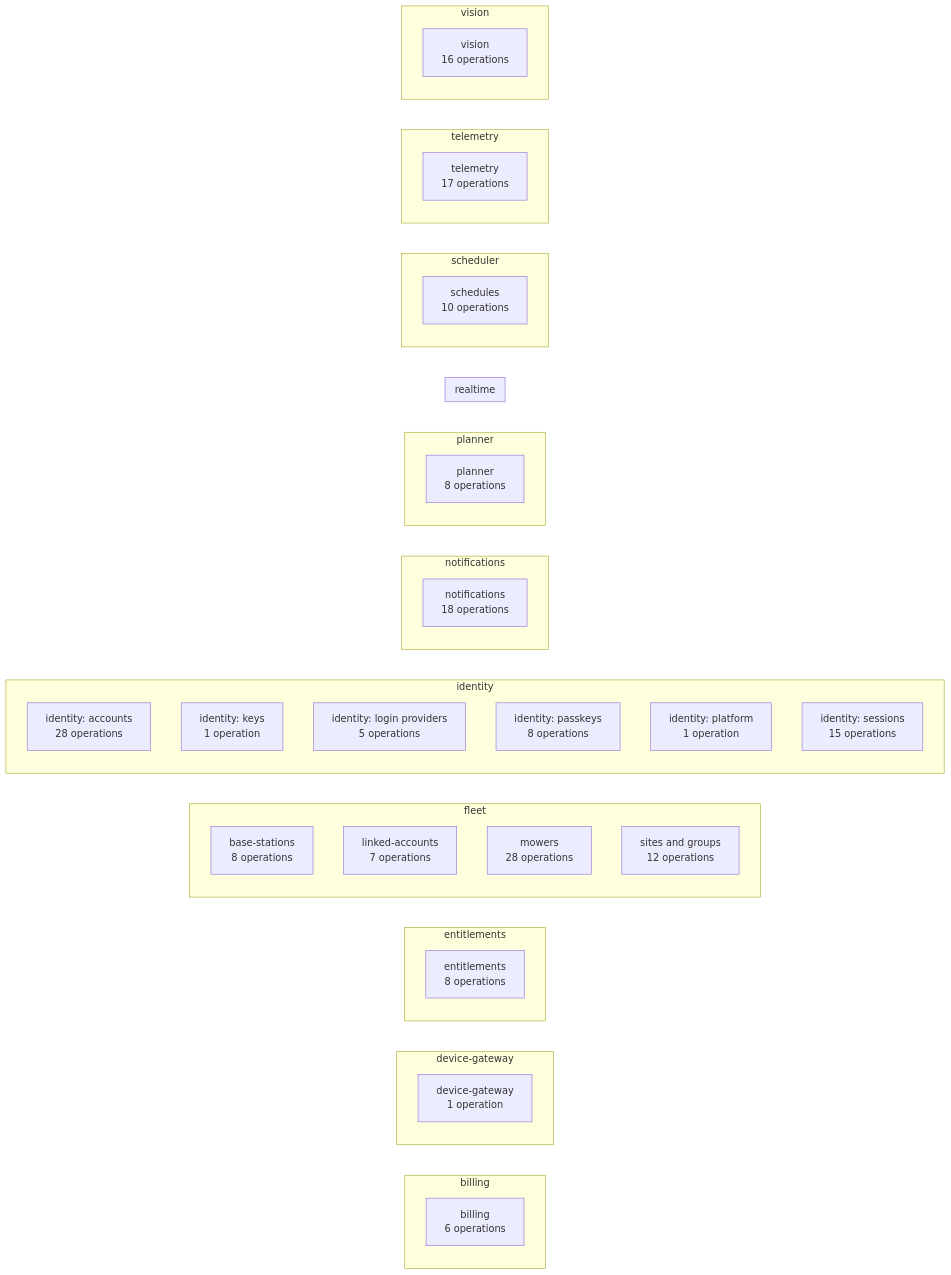
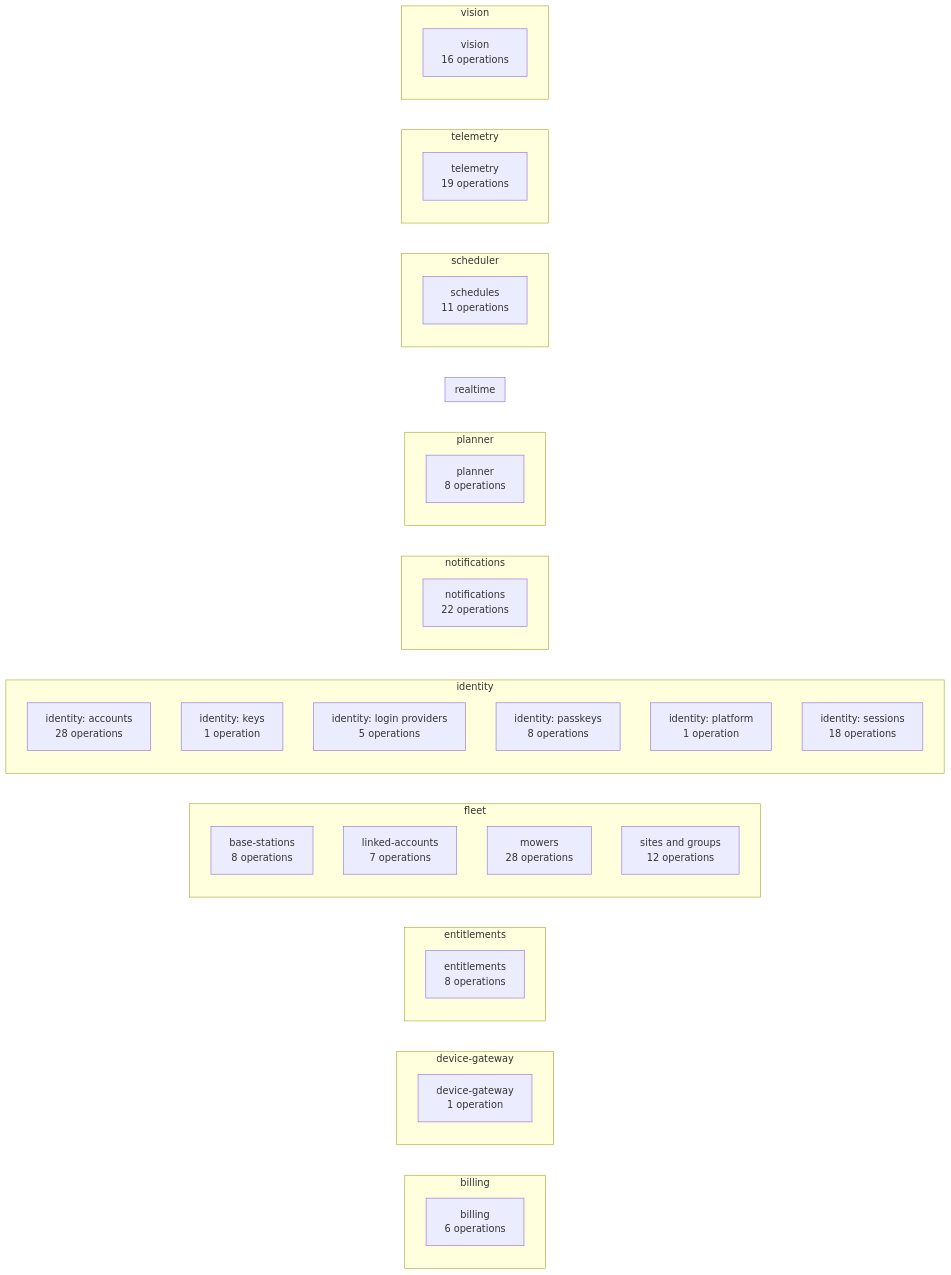
Diagram 14 of 15 in docs/architecture/generated.md (lukislp/mowdeck), drawn with Mermaid before and after one commit. The commit also changed other lines of this file, not shown here.

Commit message:
docs: regenerate the architecture diagrams

````diff
--- a/docs/architecture/generated.md
+++ b/docs/architecture/generated.md
@@ -424,54 +424,54 @@
 ```mermaid
 flowchart LR
   subgraph billing["billing"]
     direction TB
     billing_billing["billing<br/>6 operations"]
   end
   subgraph device_gateway["device-gateway"]
     direction TB
     device_gateway_device_gateway["device-gateway<br/>1 operation"]
   end
   subgraph entitlements["entitlements"]
     direction TB
     entitlements_entitlements["entitlements<br/>8 operations"]
   end
   subgraph fleet["fleet"]
     direction TB
     fleet_base_stations["base-stations<br/>8 operations"]
     fleet_linked_accounts["linked-accounts<br/>7 operations"]
     fleet_mowers["mowers<br/>28 operations"]
     fleet_sites_and_groups["sites and groups<br/>12 operations"]
   end
   subgraph identity["identity"]
     direction TB
     identity_identity__accounts["identity: accounts<br/>28 operations"]
     identity_identity__keys["identity: keys<br/>1 operation"]
     identity_identity__login_providers["identity: login providers<br/>5 operations"]
     identity_identity__passkeys["identity: passkeys<br/>8 operations"]
     identity_identity__platform["identity: platform<br/>1 operation"]
-    identity_identity__sessions["identity: sessions<br/>15 operations"]
+    identity_identity__sessions["identity: sessions<br/>18 operations"]
   end
   subgraph notifications["notifications"]
     direction TB
-    notifications_notifications["notifications<br/>18 operations"]
+    notifications_notifications["notifications<br/>22 operations"]
   end
   subgraph planner["planner"]
     direction TB
     planner_planner["planner<br/>8 operations"]
   end
   subgraph realtime["realtime"]
     direction TB
   end
   subgraph scheduler["scheduler"]
     direction TB
-    scheduler_schedules["schedules<br/>10 operations"]
+    scheduler_schedules["schedules<br/>11 operations"]
   end
   subgraph telemetry["telemetry"]
     direction TB
-    telemetry_telemetry["telemetry<br/>17 operations"]
+    telemetry_telemetry["telemetry<br/>19 operations"]
   end
   subgraph vision["vision"]
     direction TB
     vision_vision["vision<br/>16 operations"]
   end
 ```
````
